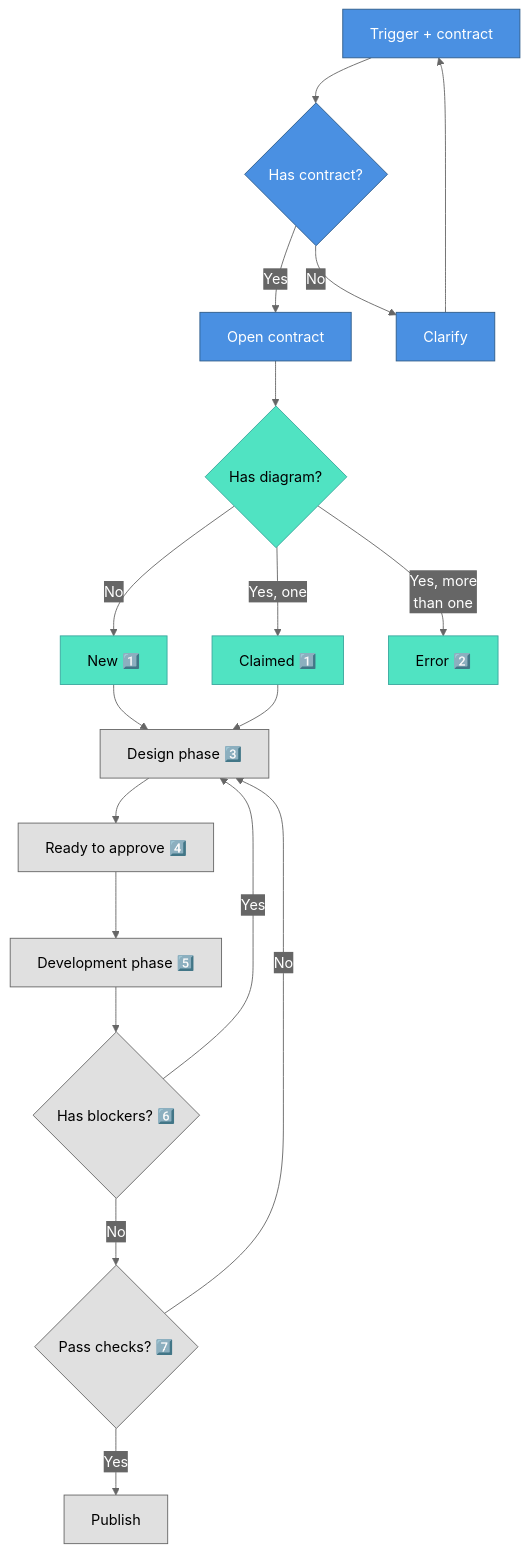
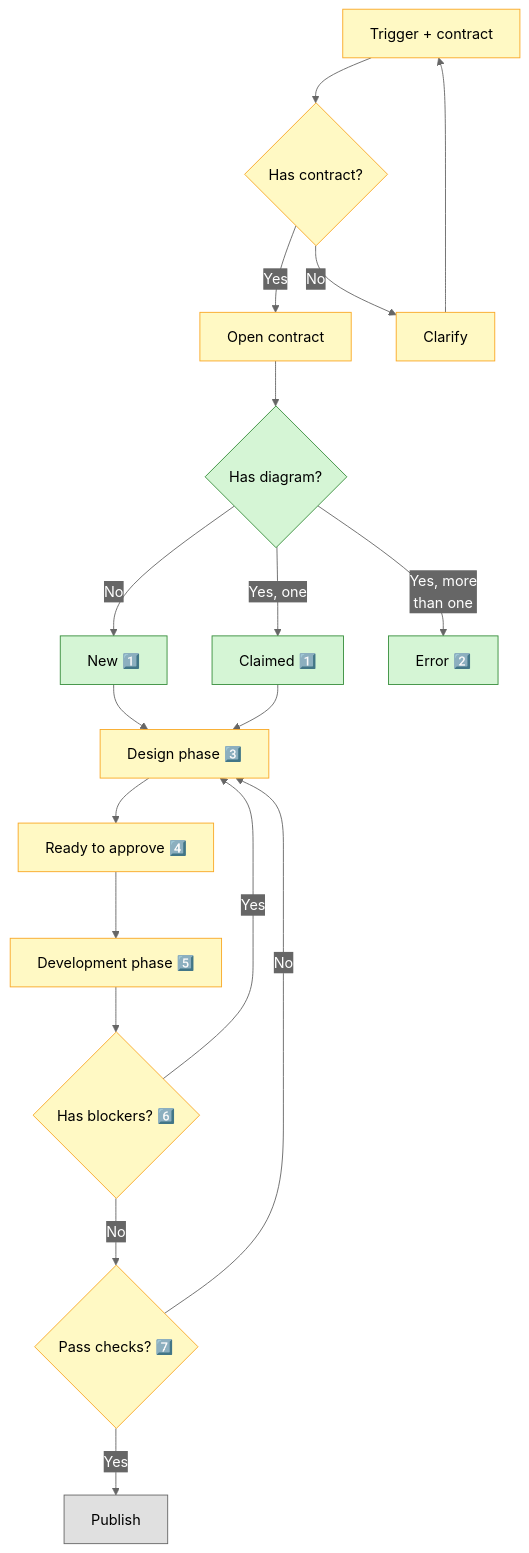
The diagram in contract-diagram/SKILL.md (nonlinear/skills), drawn with Mermaid before and after one commit.

Commit message:
Update node classes: phases/decisions → approved (yellow), PUBLISH → default (gray, not implemented)

````diff
--- a/contract-diagram/SKILL.md
+++ b/contract-diagram/SKILL.md
@@ -14,47 +14,49 @@
 ```mermaid
 %%{init: {'theme':'base','themeVariables':{"primaryColor":"#4A90E2","primaryTextColor":"#fff","primaryBorderColor":"#2E5C8A","lineColor":"#666","secondaryColor":"#50E3C2","tertiaryColor":"#FFD700","edgeLabelBackground":"#666"},'flowchart':{"nodeSpacing":50,"rankSpacing":50,"padding":15,"curve":"basis"}}}%%
 flowchart TD
     TRIGGER["Trigger + contract"]
     CHECK_CONTRACT{"Has contract?"}
     OPEN["Open contract"]
     CLARIFY["Clarify"]
     CHECK_DIAGRAM{"Has diagram?"}
     CREATE["New 1️⃣"]
     CLAIM["Claimed 1️⃣"]
     ERROR["Error 2️⃣"]
     
     DESIGN["Design phase 3️⃣"]
     SIGNOFF["Ready to approve 4️⃣"]
     DEVELOPMENT["Development phase 5️⃣"]
     BLOCKERS{"Has blockers? 6️⃣"}
     TESTS{"Pass checks? 7️⃣"}
     PUBLISH["Publish"]
     
     TRIGGER --> CHECK_CONTRACT
     CHECK_CONTRACT -->|Yes| OPEN
     CHECK_CONTRACT -->|No| CLARIFY
     CLARIFY --> TRIGGER
     
     OPEN --> CHECK_DIAGRAM
     CHECK_DIAGRAM -->|Yes, more<br/>than one| ERROR
     CHECK_DIAGRAM -->|Yes, one| CLAIM
     CHECK_DIAGRAM -->|No| CREATE
     
     CREATE --> DESIGN
     CLAIM --> DESIGN
     DESIGN --> SIGNOFF
     SIGNOFF --> DEVELOPMENT
     DEVELOPMENT --> BLOCKERS
     BLOCKERS -->|Yes| DESIGN
     BLOCKERS -->|No| TESTS
     TESTS -->|Yes| PUBLISH
     TESTS -->|No| DESIGN
     
     classDef default fill:#e0e0e0,stroke:#666,color:#000
-    classDef approved fill:#4A90E2,stroke:#2E5C8A,color:#fff
-    classDef developed fill:#50E3C2,stroke:#3aa89e,color:#000
+    classDef approved fill:#FFF9C4,stroke:#F9A825,color:#000
+    classDef developed fill:#D5F5D5,stroke:#388E3C,color:#000
+    classDef blocker fill:#FFCDD2,stroke:#D32F2F,color:#000
+    classDef developed-notes fill:#E3F2FD,stroke:#1976D2,color:#000
     
-    class TRIGGER,CHECK_CONTRACT,OPEN,CLARIFY approved
+    class TRIGGER,CHECK_CONTRACT,OPEN,CLARIFY,DESIGN,SIGNOFF,DEVELOPMENT,BLOCKERS,TESTS approved
     class CHECK_DIAGRAM,CREATE,CLAIM,ERROR developed
-    class DESIGN,SIGNOFF,DEVELOPMENT,BLOCKERS,TESTS,PUBLISH default
+    class PUBLISH default
 ```
````
